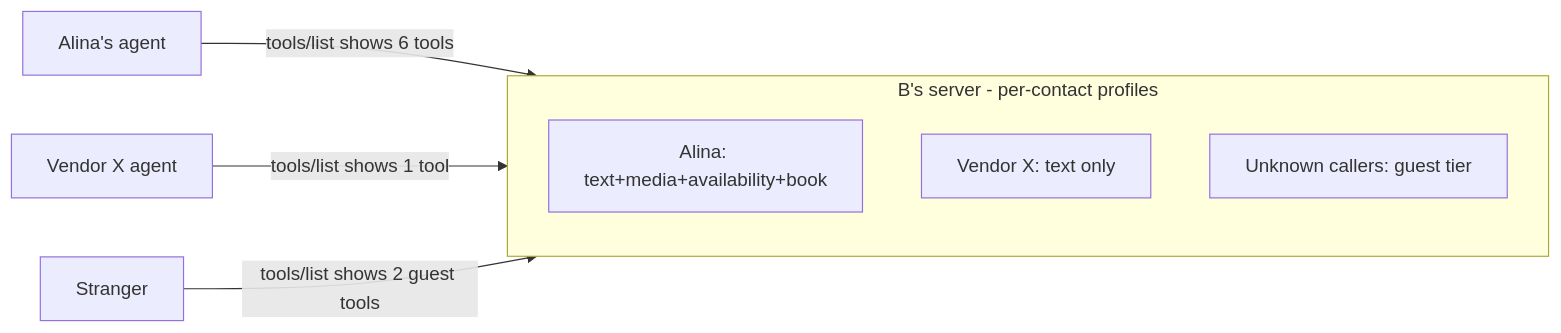
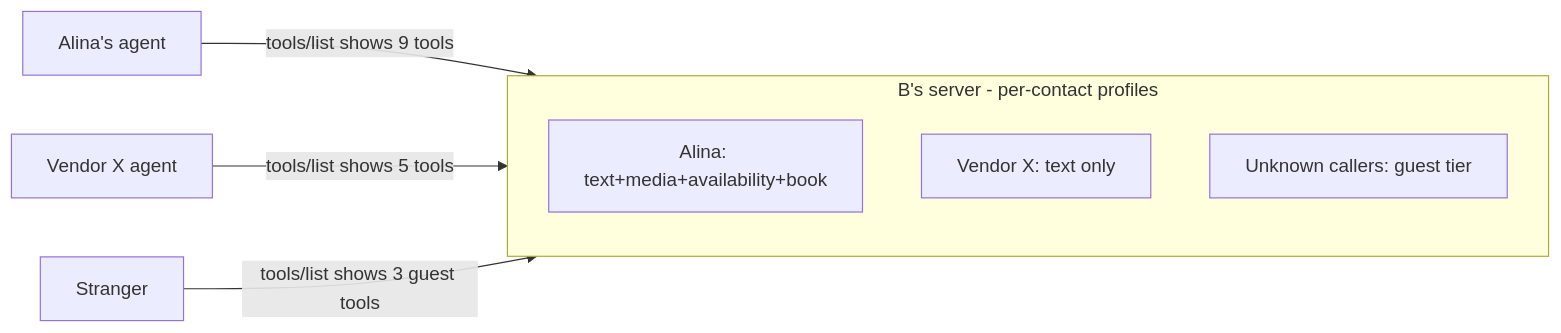
One commit to humandelegatedtrustprotocol/hdtp-spec changed the diagram in docs/specification/draft/permissions.md. Above: the diagram before and after it, drawn with Mermaid. The commit also changed other lines of this file and 12 other files, not shown here.

````diff
--- a/docs/specification/draft/permissions.md
+++ b/docs/specification/draft/permissions.md
@@ -27,11 +27,11 @@
 ```mermaid
 flowchart LR
     subgraph B["B's server - per-contact profiles"]
         P1["Alina: text+media+availability+book"]
         P2["Vendor X: text only"]
         P3["Unknown callers: guest tier"]
     end
-    A1["Alina's agent"] -->|"tools/list shows 6 tools"| B
-    A2["Vendor X agent"] -->|"tools/list shows 1 tool"| B
-    A3["Stranger"] -->|"tools/list shows 2 guest tools"| B
+    A1["Alina's agent"] -->|"tools/list shows 9 tools"| B
+    A2["Vendor X agent"] -->|"tools/list shows 5 tools"| B
+    A3["Stranger"] -->|"tools/list shows 3 guest tools"| B
 ```
````
